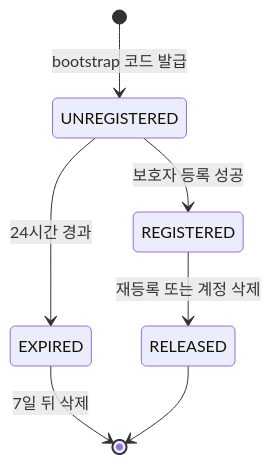
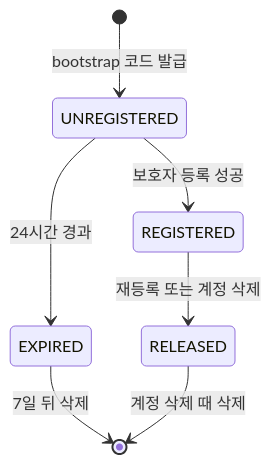
The first of 5 diagrams in aidlc/spaces/default/intents/261008-mujoong-service/construction/u1-walking-skeleton/functional-design/functional-spec.md (team-jomyung/mujungi), drawn with Mermaid before and after one commit. The commit also changed other lines of this file and 5 other files, not shown here.

````diff
--- a/aidlc/spaces/default/intents/261008-mujoong-service/construction/u1-walking-skeleton/functional-design/functional-spec.md
+++ b/aidlc/spaces/default/intents/261008-mujoong-service/construction/u1-walking-skeleton/functional-design/functional-spec.md
@@ -132,9 +162,9 @@
 ```mermaid
 stateDiagram-v2
   [*] --> UNREGISTERED : bootstrap 코드 발급
   UNREGISTERED --> REGISTERED : 보호자 등록 성공
   UNREGISTERED --> EXPIRED : 24시간 경과
   REGISTERED --> RELEASED : 재등록 또는 계정 삭제
   EXPIRED --> [*] : 7일 뒤 삭제
-  RELEASED --> [*]
+  RELEASED --> [*] : 계정 삭제 때 삭제
 ```
````
